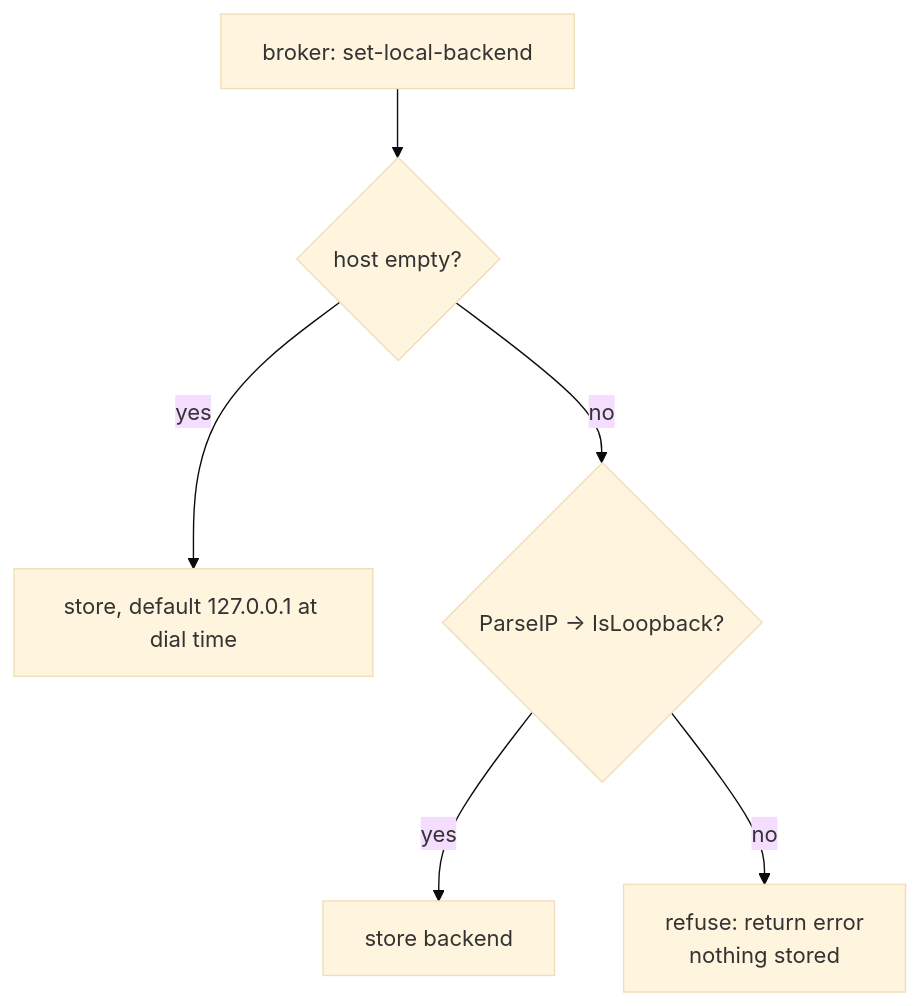
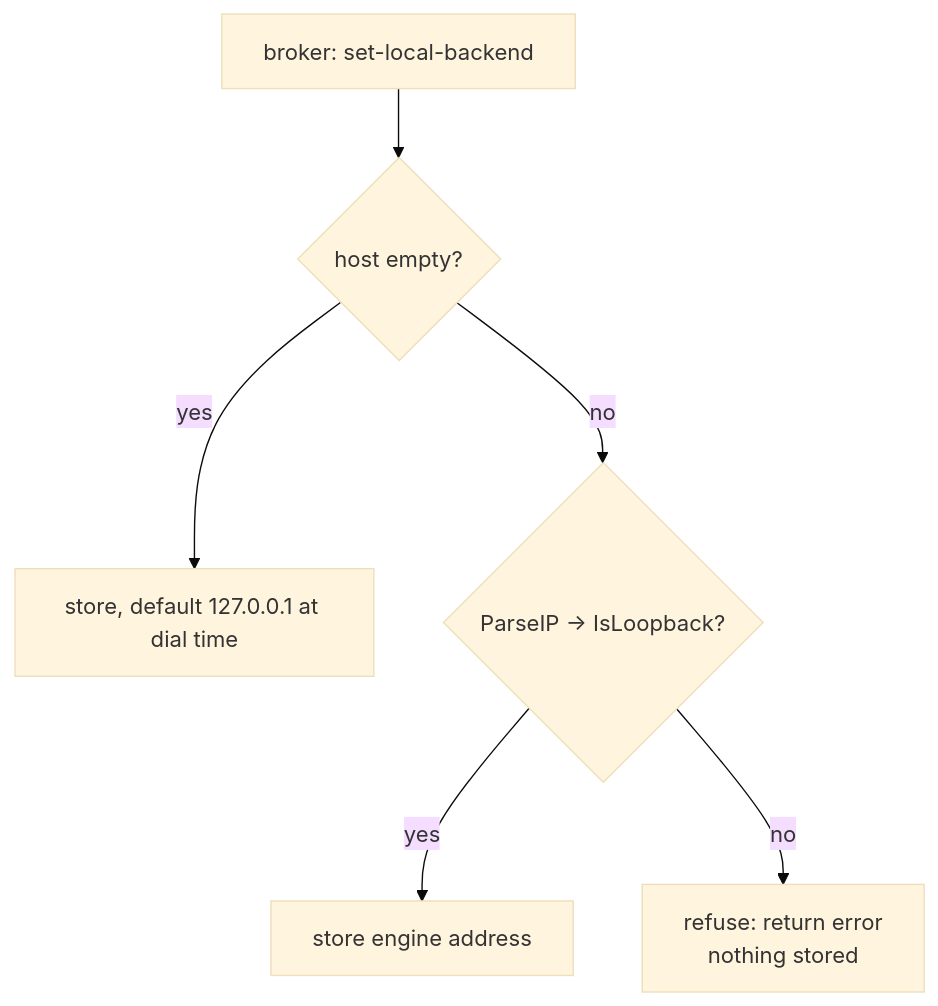
The second of 3 diagrams in docs/proxy-request-hardening.mdx (NVIDIA/Personal-AI-Router), drawn with Mermaid (base theme) before and after one commit. The commit also changed other lines of this file and 1 other file, not shown here.

First line of the commit message:
Verify the 413 body as JSON and use engine terminology in the docs

````diff
--- a/docs/proxy-request-hardening.mdx
+++ b/docs/proxy-request-hardening.mdx
@@ -83,8 +83,8 @@
 ```mermaid
 flowchart TD
     A[broker: set-local-backend] --> B{host empty?}
     B -->|yes| C[store, default 127.0.0.1 at dial time]
     B -->|no| D{ParseIP → IsLoopback?}
-    D -->|yes| E[store backend]
+    D -->|yes| E[store engine address]
     D -->|no| F[refuse: return error<br/>nothing stored]
 ```
````
